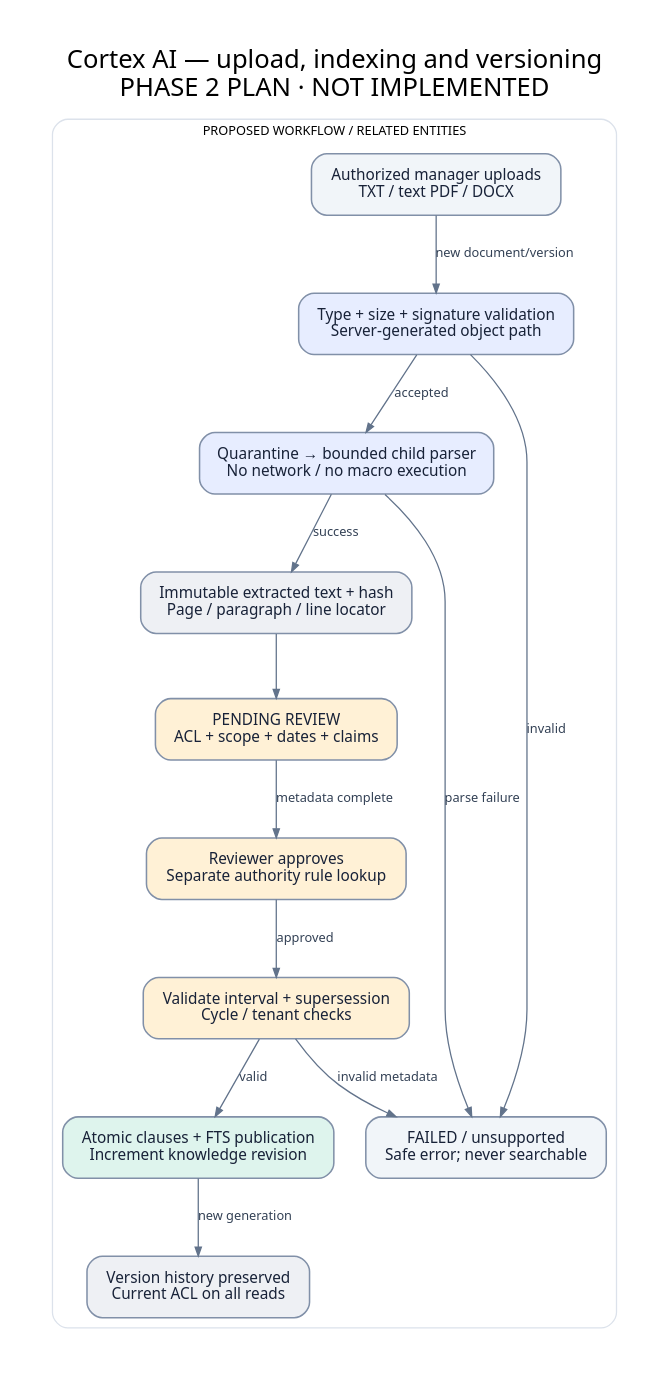
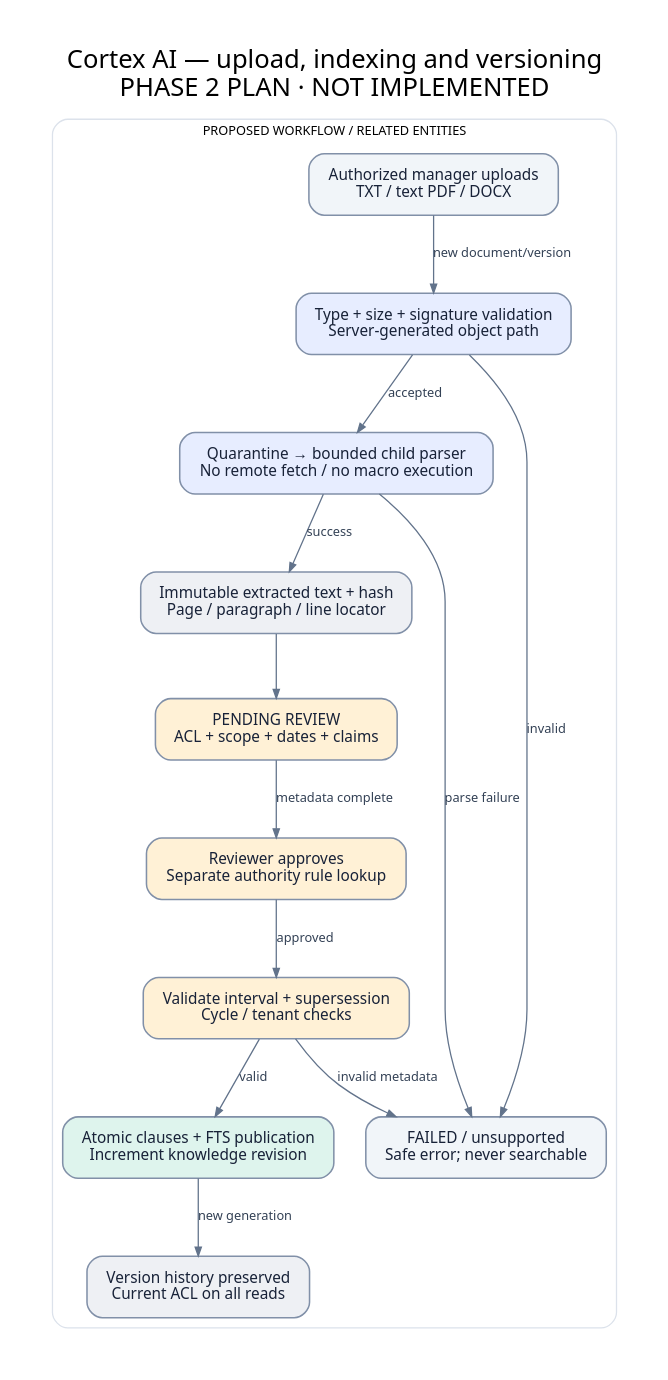
The diagram in docs/diagrams/06-ingestion.dot (NoirPrimordial7/cortex-ai), drawn with Graphviz before and after one commit. The commit also changed 49 other files, not shown here.

```diff
--- a/docs/diagrams/06-ingestion.dot
+++ b/docs/diagrams/06-ingestion.dot
@@ -1,25 +1,25 @@
 digraph G { graph [rankdir=TB, bgcolor="white", pad="0.35", nodesep="0.35", ranksep="0.7", fontname="Segoe UI", fontsize=20, labelloc="t", label="Cortex AI — upload, indexing and versioning\nPHASE 2 PLAN · NOT IMPLEMENTED"]; node [shape=box, style="rounded,filled", fontname="Segoe UI", fontsize=12, margin="0.2,0.15", color="#8190a8", fontcolor="#182238", penwidth=1.2]; edge [fontname="Segoe UI", fontsize=10, color="#62738b", fontcolor="#334155", arrowsize=0.7];
 subgraph cluster_workflow {label="PROPOSED WORKFLOW / RELATED ENTITIES";fontsize=10;color="#dce2eb";style="rounded";
 up [label="Authorized manager uploads\nTXT / text PDF / DOCX",fillcolor="#f1f5f9"];
 bounds [label="Type + size + signature validation\nServer-generated object path",fillcolor="#e7edff"];
-parse [label="Quarantine → bounded child parser\nNo network / no macro execution",fillcolor="#e7edff"];
+parse [label="Quarantine → bounded child parser\nNo remote fetch / no macro execution",fillcolor="#e7edff"];
 fail [label="FAILED / unsupported\nSafe error; never searchable",fillcolor="#f1f5f9"];
 text [label="Immutable extracted text + hash\nPage / paragraph / line locator",fillcolor="#eef0f4"];
 review [label="PENDING REVIEW\nACL + scope + dates + claims",fillcolor="#fff1d6"];
 approval [label="Reviewer approves\nSeparate authority rule lookup",fillcolor="#fff1d6"];
 lineage [label="Validate interval + supersession\nCycle / tenant checks",fillcolor="#fff1d6"];
 pub [label="Atomic clauses + FTS publication\nIncrement knowledge revision",fillcolor="#def4ed"];
 history [label="Version history preserved\nCurrent ACL on all reads",fillcolor="#eef0f4"];
 }
 up -> bounds [label="new document/version"];
 bounds -> parse [label="accepted"];
 bounds -> fail [label="invalid"];
 parse -> fail [label="parse failure"];
 parse -> text [label="success"];
 text -> review [label=""];
 review -> approval [label="metadata complete"];
 approval -> lineage [label="approved"];
 lineage -> pub [label="valid"];
 lineage -> fail [label="invalid metadata"];
 pub -> history [label="new generation"];
 }
```
